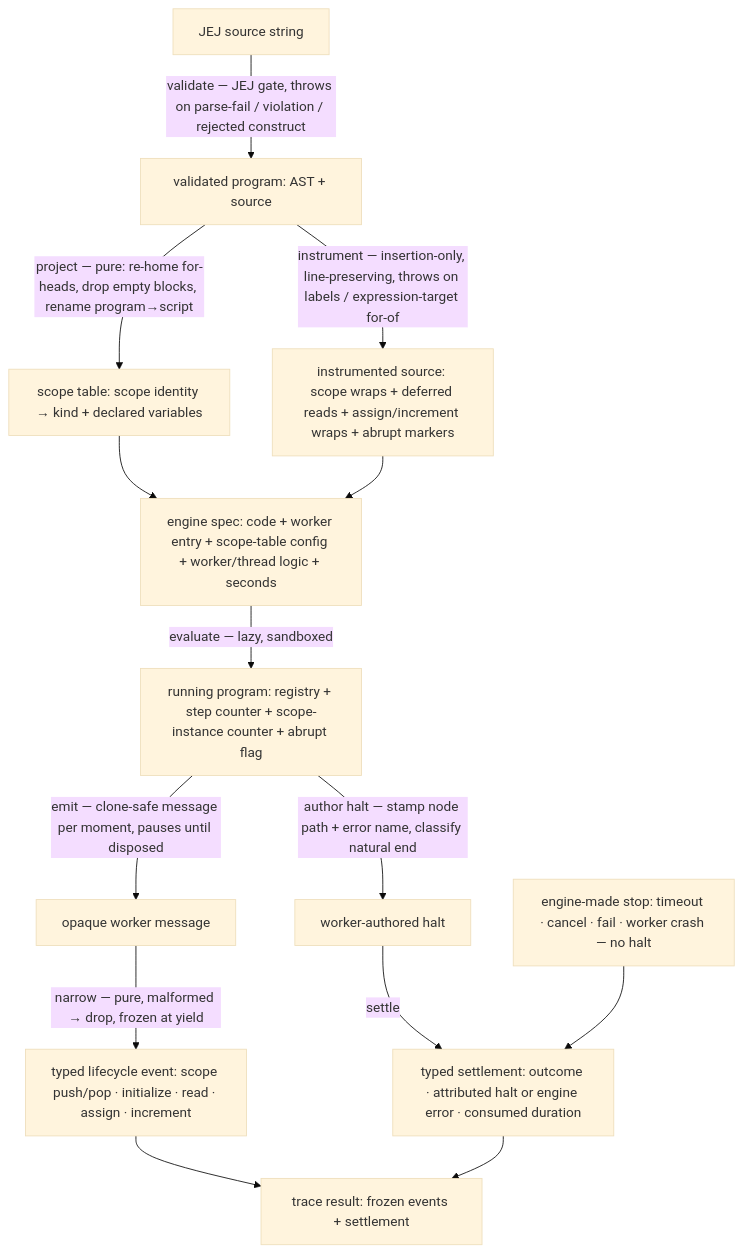
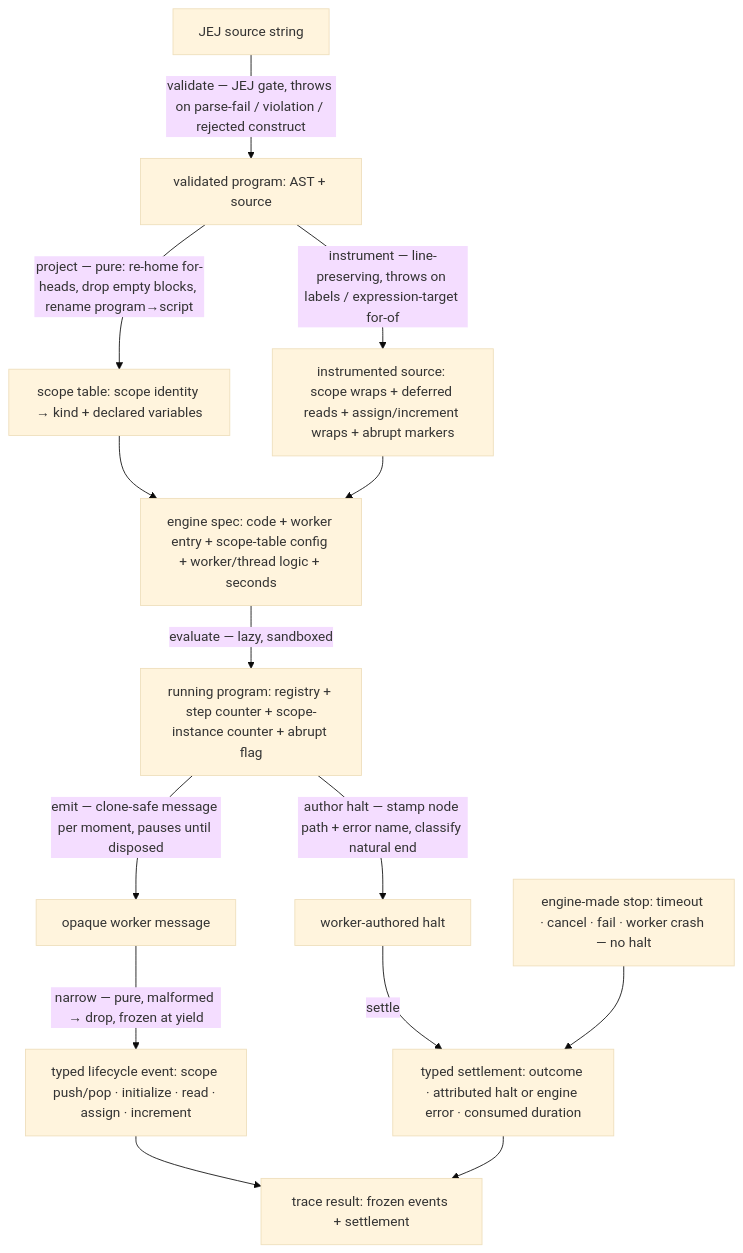
The diagram in src/lib/study-lenses/embody/lib/evaluating/tracers/variables/DOCS.md (codeschoolinabox/curricula), drawn with Mermaid (base theme) before and after one commit. The commit also changed other lines of this file and 3 other files, not shown here.

````diff
--- a/src/lib/study-lenses/embody/lib/evaluating/tracers/variables/DOCS.md
+++ b/src/lib/study-lenses/embody/lib/evaluating/tracers/variables/DOCS.md
@@ -67,16 +70,16 @@
 ```mermaid
 flowchart TD
     SRC[JEJ source string] -->|validate — JEJ gate, throws on parse-fail / violation / rejected construct| AST[validated program: AST + source]
     AST -->|project — pure: re-home for-heads, drop empty blocks, rename program→script| TABLE[scope table: scope identity → kind + declared variables]
-    AST -->|instrument — insertion-only, line-preserving, throws on labels / expression-target for-of| CODE[instrumented source: scope wraps + deferred reads + assign/increment wraps + abrupt markers]
+    AST -->|instrument — line-preserving, throws on labels / expression-target for-of| CODE[instrumented source: scope wraps + deferred reads + assign/increment wraps + abrupt markers]
     TABLE --> SPEC
     CODE --> SPEC[engine spec: code + worker entry + scope-table config + worker/thread logic + seconds]
     SPEC -->|evaluate — lazy, sandboxed| RUN[running program: registry + step counter + scope-instance counter + abrupt flag]
     RUN -->|emit — clone-safe message per moment, pauses until disposed| MSG[opaque worker message]
     MSG -->|narrow — pure, malformed → drop, frozen at yield| EVENT[typed lifecycle event: scope push/pop · initialize · read · assign · increment]
     RUN -->|author halt — stamp node path + error name, classify natural end| HALT[worker-authored halt]
     HALT -->|settle| SETTLEMENT[typed settlement: outcome · attributed halt or engine error · consumed duration]
     STOP[engine-made stop: timeout · cancel · fail · worker crash — no halt] --> SETTLEMENT
     EVENT --> RESULT[trace result: frozen events + settlement]
     SETTLEMENT --> RESULT
 ```
````
